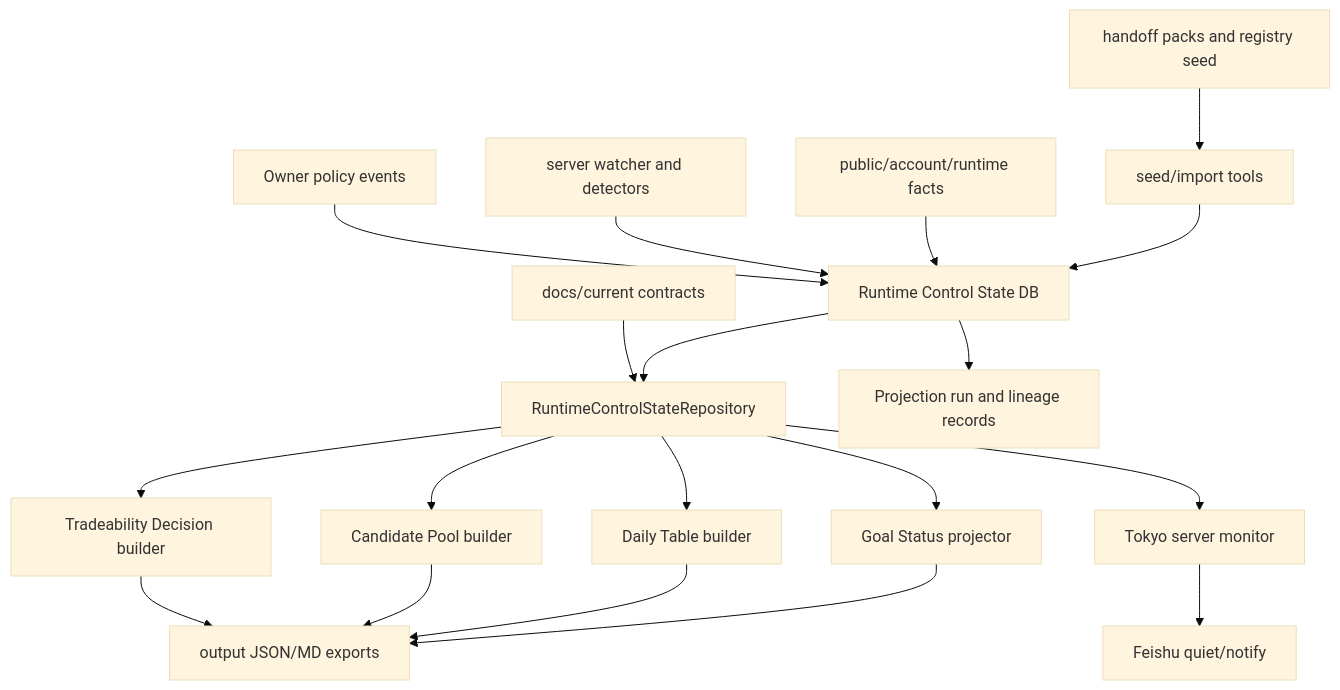
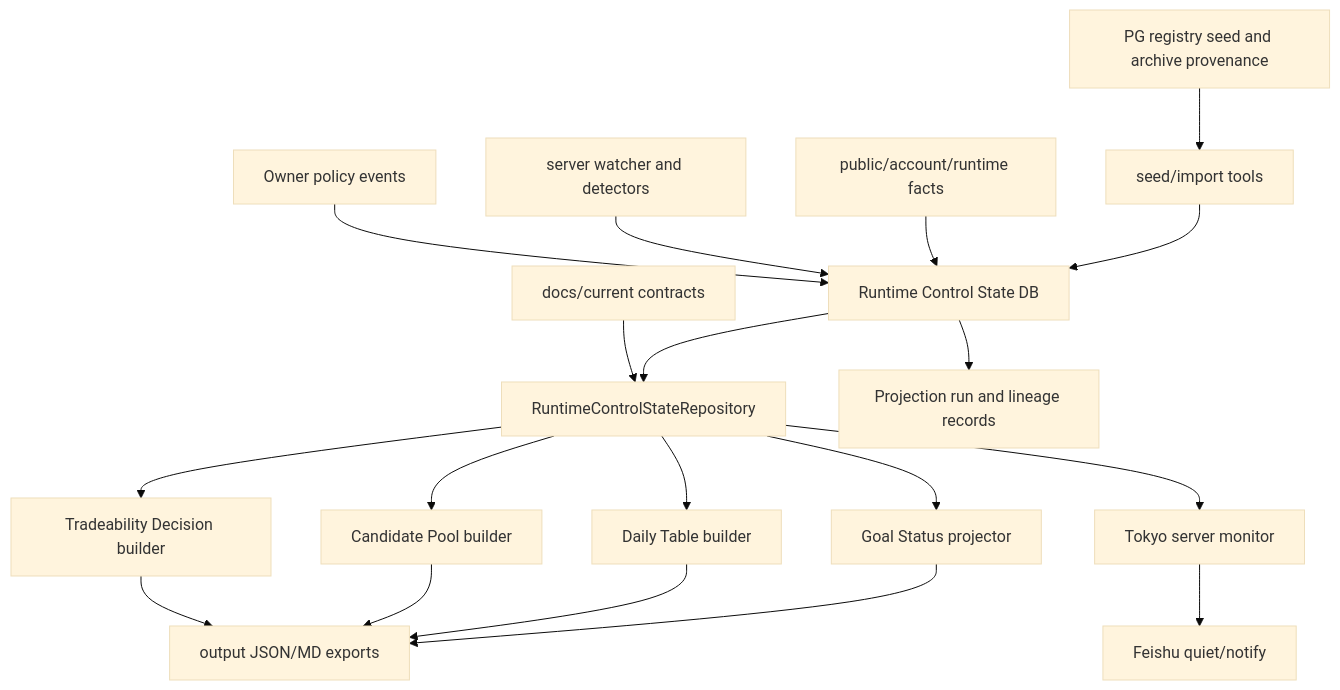
Before and after one commit to jiangwweie/dingdingbot: the diagram in docs/current/RUNTIME_CONTROL_STATE_DB_ARCHITECTURE.md, drawn with Mermaid (base theme). The commit also changed other lines of this file and 584 other files, not shown here.

````diff
--- a/docs/current/RUNTIME_CONTROL_STATE_DB_ARCHITECTURE.md
+++ b/docs/current/RUNTIME_CONTROL_STATE_DB_ARCHITECTURE.md
@@ -434,21 +435,21 @@
 ```mermaid
 flowchart TD
   Docs["docs/current contracts"] --> Repo["RuntimeControlStateRepository"]
-  RegistrySeed["handoff packs and registry seed"] --> Importer["seed/import tools"]
+  RegistrySeed["PG registry seed and archive provenance"] --> Importer["seed/import tools"]
   OwnerPolicy["Owner policy events"] --> DB["Runtime Control State DB"]
   Watcher["server watcher and detectors"] --> DB
   RuntimeFacts["public/account/runtime facts"] --> DB
   Importer --> DB
   DB --> Repo
   DB --> ProjectionRuns["Projection run and lineage records"]
   Repo --> Tradeability["Tradeability Decision builder"]
   Repo --> CandidatePool["Candidate Pool builder"]
   Repo --> DailyTable["Daily Table builder"]
   Repo --> GoalStatus["Goal Status projector"]
   Repo --> ServerMonitor["Tokyo server monitor"]
   Tradeability --> Export["output JSON/MD exports"]
   CandidatePool --> Export
   DailyTable --> Export
   GoalStatus --> Export
   ServerMonitor --> Notify["Feishu quiet/notify"]
 ```
````
